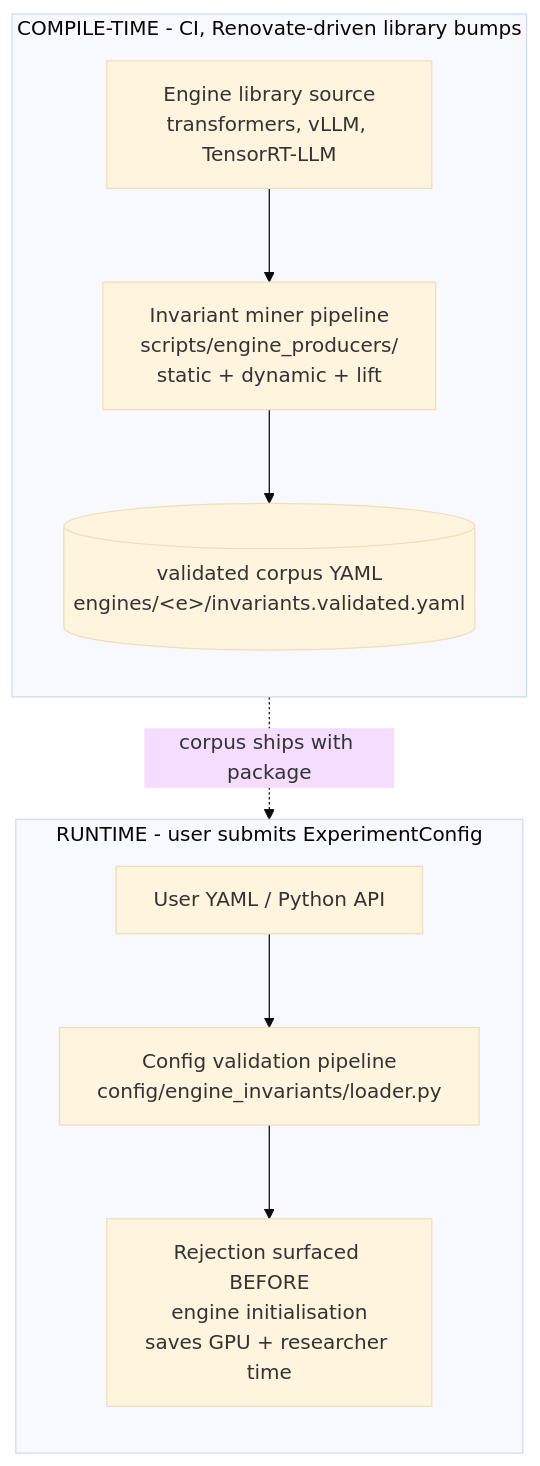
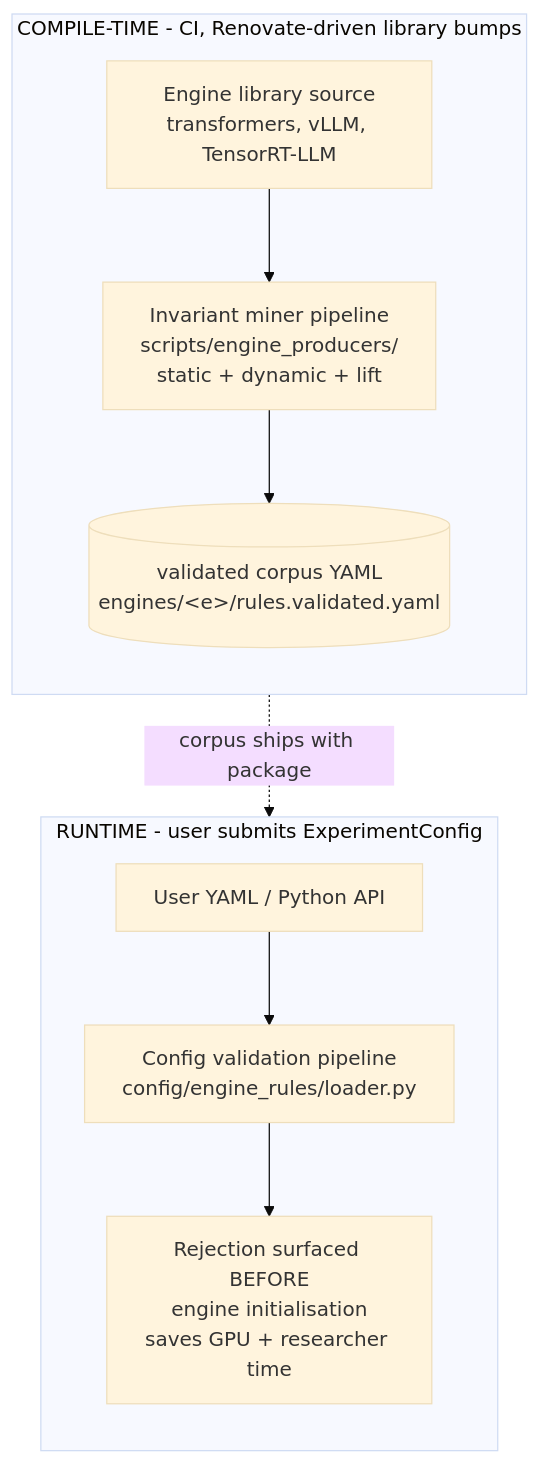
Before and after one commit to henrycgbaker/LLenergyMeasure: the first of 3 diagrams in docs/explanation/architecture/architecture-overview.md, drawn with Mermaid (base theme). The commit also changed other lines of this file and 55 other files, not shown here.

First line of the commit message:
refactor(config): rename engine invariants artefacts and loader to rules

````diff
--- a/docs/explanation/architecture/architecture-overview.md
+++ b/docs/explanation/architecture/architecture-overview.md
@@ -20,20 +20,20 @@
 ```mermaid
 flowchart TB
     subgraph compile["COMPILE-TIME - CI, Renovate-driven library bumps"]
         direction TB
         src[Engine library source<br/>transformers, vLLM, TensorRT-LLM]
         miner[Invariant miner pipeline<br/>scripts/engine_producers/<br/>static + dynamic + lift]
-        validated[(validated corpus YAML<br/>engines/&lt;e&gt;/invariants.validated.yaml)]
+        validated[(validated corpus YAML<br/>engines/&lt;e&gt;/rules.validated.yaml)]
         src --> miner --> validated
     end
 
     subgraph runtime["RUNTIME - user submits ExperimentConfig"]
         direction TB
         user[User YAML / Python API]
-        loader[Config validation pipeline<br/>config/engine_invariants/loader.py]
+        loader[Config validation pipeline<br/>config/engine_rules/loader.py]
         rejected[Rejection surfaced BEFORE<br/>engine initialisation<br/>saves GPU + researcher time]
         user --> loader --> rejected
     end
 
     validated -. corpus ships with package .-> loader
 ```
````
